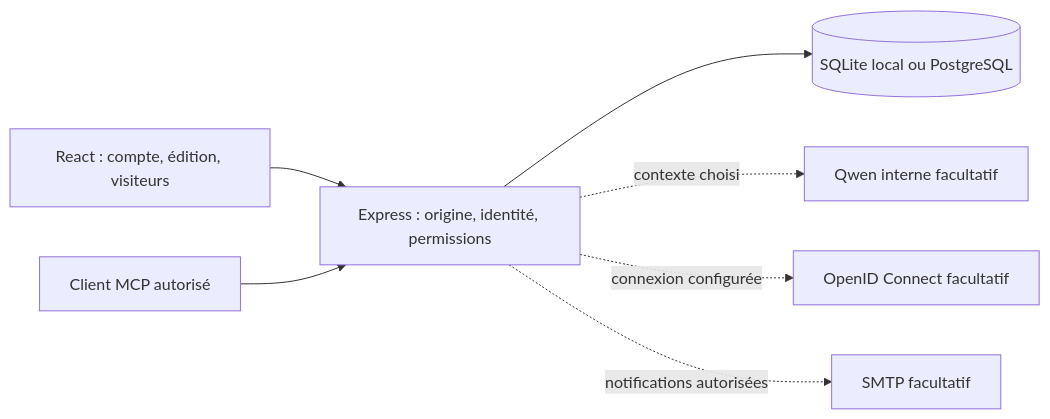
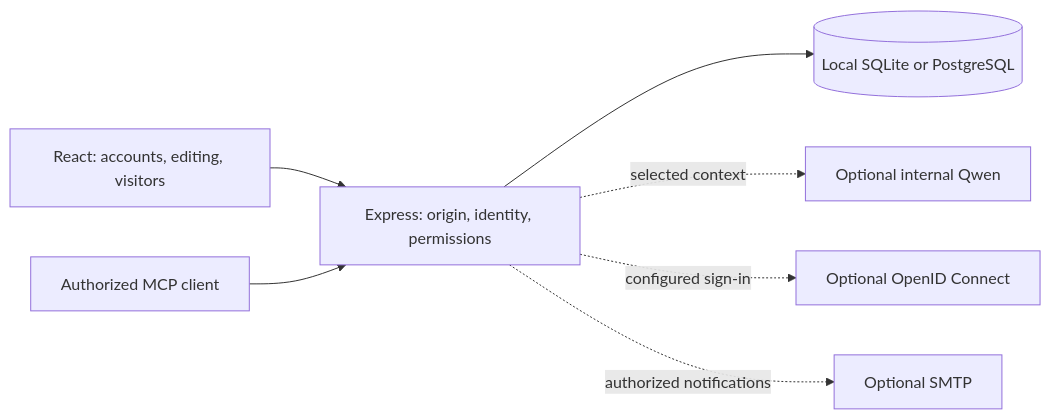
One commit to jpfroud/MeetLoom changed the diagram in ARCHITECTURE.md. Above: the diagram before and after it, drawn with Mermaid. The commit also changed other lines of this file and 29 other files, not shown here.

````diff
--- a/ARCHITECTURE.md
+++ b/ARCHITECTURE.md
@@ -5,9 +5,9 @@
 ```mermaid
 flowchart LR
-  Browser[React : compte, édition, visiteurs] --> API[Express : origine, identité, permissions]
-  API --> DB[(SQLite local ou PostgreSQL)]
-  API -. contexte choisi .-> AI[Qwen interne facultatif]
-  API -. connexion configurée .-> OIDC[OpenID Connect facultatif]
-  API -. notifications autorisées .-> SMTP[SMTP facultatif]
-  MCP[Client MCP autorisé] --> API
+  Browser[React: accounts, editing, visitors] --> API[Express: origin, identity, permissions]
+  API --> DB[(Local SQLite or PostgreSQL)]
+  API -. selected context .-> AI[Optional internal Qwen]
+  API -. configured sign-in .-> OIDC[Optional OpenID Connect]
+  API -. authorized notifications .-> SMTP[Optional SMTP]
+  MCP[Authorized MCP client] --> API
 ```
````
